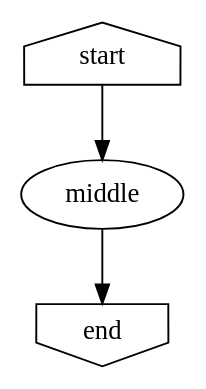
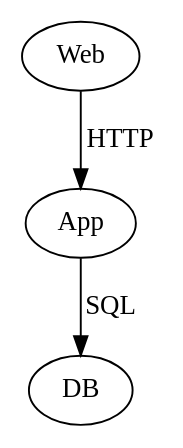
One commit to rebelinux/Diagrammer.Core changed the diagram in Docs/Dependencies.md. Above: the diagram before and after it, drawn with Graphviz. The commit also changed other lines of this file, not shown here.

Commit message:
Update example usage in Dependencies.md to reflect GraphViz commands and structure

````diff
--- a/Docs/Dependencies.md
+++ b/Docs/Dependencies.md
@@ -28,8 +30,10 @@
 ```dot
 digraph g {
-    "start" [shape="house"]
-    "end" [shape="invhouse"]
-    "start"->"middle"
-    "middle"->"end"
+    compound="true";
+    "Web" [shape="oval";]
+    "App" [shape="oval";]
+    "DB" [shape="oval";]
+    "Web"->"App" [label="HTTP";]
+    "App"->"DB" [label="SQL";]
 }
 ```
````
